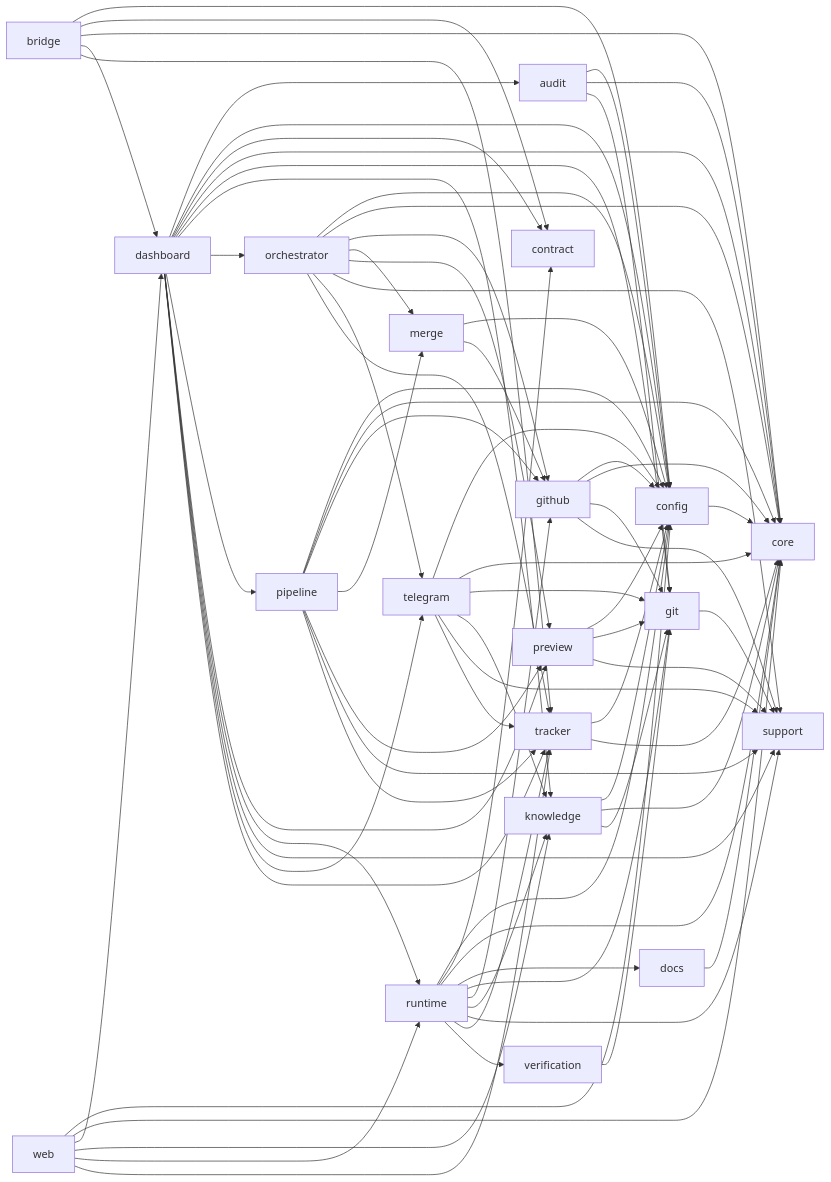
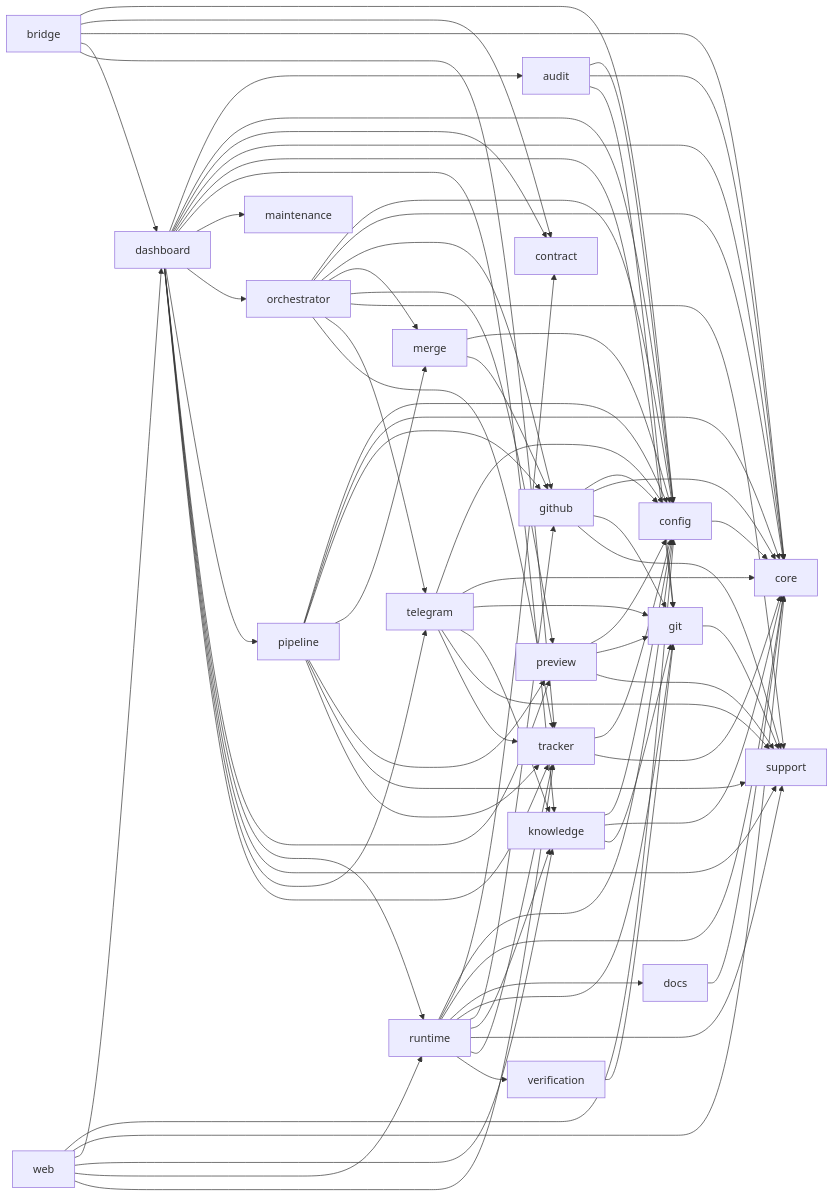
Before and after one commit to robbertvdzon/software-factory: the diagram in docs/technical/module-dependencies.md, drawn with Mermaid. The commit also changed other lines of this file and 24 other files, not shown here.

```diff
--- a/docs/technical/module-dependencies.md
+++ b/docs/technical/module-dependencies.md
@@ -66,6 +66,7 @@
     dashboard --> core
     dashboard --> git
     dashboard --> knowledge
+    dashboard --> maintenance
     dashboard --> orchestrator
     dashboard --> pipeline
     dashboard --> preview
```
